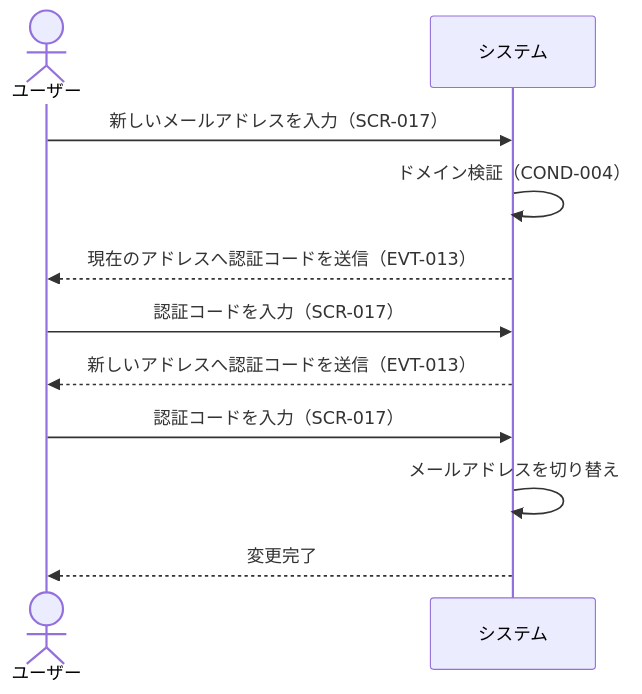
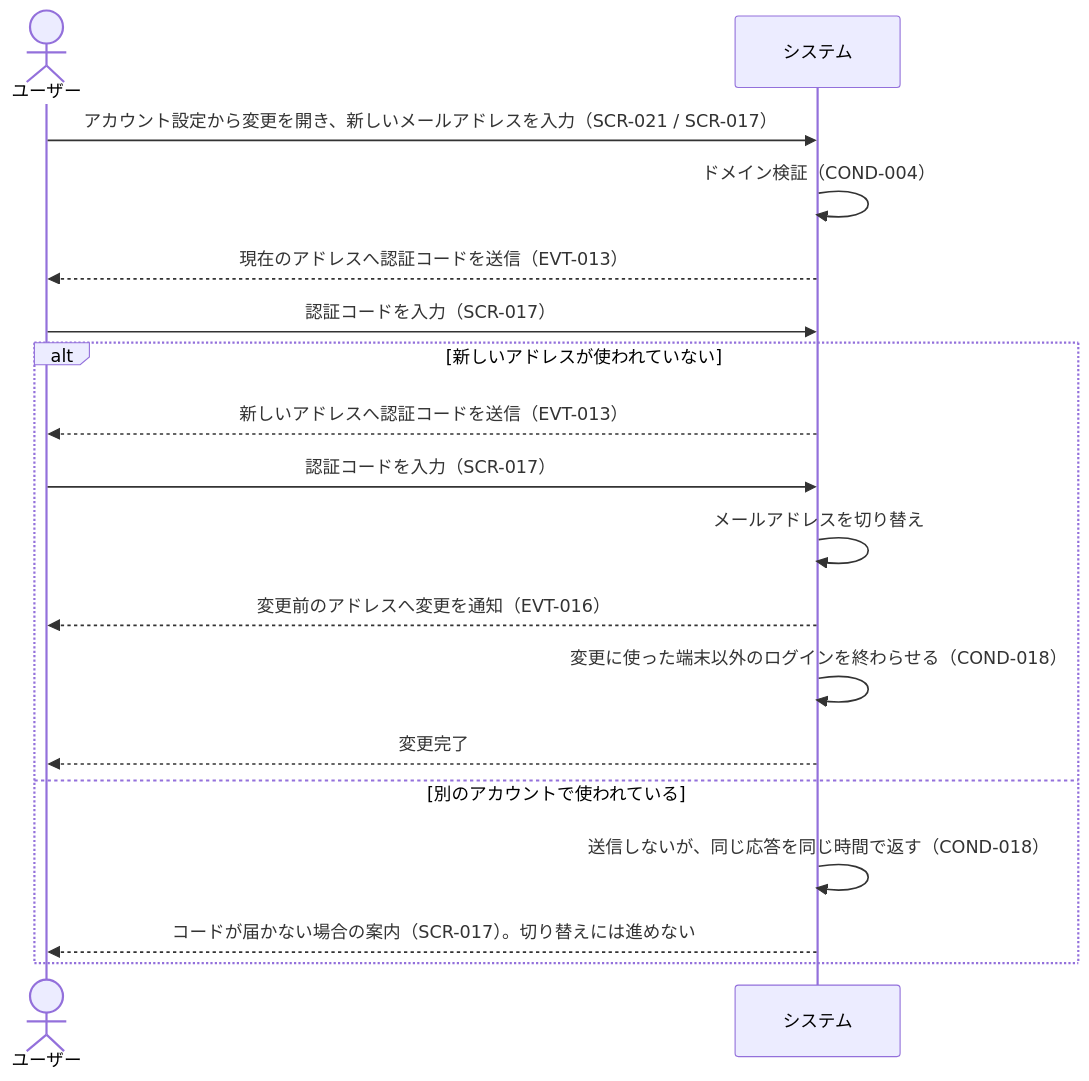
The fifth of 9 diagrams in rdra/contexts/user-authentication.md (gdsc-osaka/iclub-reserve), drawn with Mermaid before and after one commit. The commit also changed other lines of this file and 8 other files, not shown here.

````diff
--- a/rdra/contexts/user-authentication.md
+++ b/rdra/contexts/user-authentication.md
@@ -288,14 +442,21 @@
 ```mermaid
 sequenceDiagram
     actor ユーザー
     participant システム
 
-    ユーザー->>システム: 新しいメールアドレスを入力（SCR-017）
+    ユーザー->>システム: アカウント設定から変更を開き、新しいメールアドレスを入力（SCR-021 / SCR-017）
     システム->>システム: ドメイン検証（COND-004）
     システム-->>ユーザー: 現在のアドレスへ認証コードを送信（EVT-013）
     ユーザー->>システム: 認証コードを入力（SCR-017）
-    システム-->>ユーザー: 新しいアドレスへ認証コードを送信（EVT-013）
-    ユーザー->>システム: 認証コードを入力（SCR-017）
-    システム->>システム: メールアドレスを切り替え
-    システム-->>ユーザー: 変更完了
+    alt 新しいアドレスが使われていない
+        システム-->>ユーザー: 新しいアドレスへ認証コードを送信（EVT-013）
+        ユーザー->>システム: 認証コードを入力（SCR-017）
+        システム->>システム: メールアドレスを切り替え
+        システム-->>ユーザー: 変更前のアドレスへ変更を通知（EVT-016）
+        システム->>システム: 変更に使った端末以外のログインを終わらせる（COND-018）
+        システム-->>ユーザー: 変更完了
+    else 別のアカウントで使われている
+        システム->>システム: 送信しないが、同じ応答を同じ時間で返す（COND-018）
+        システム-->>ユーザー: コードが届かない場合の案内（SCR-017）。切り替えには進めない
+    end
 ```
````
